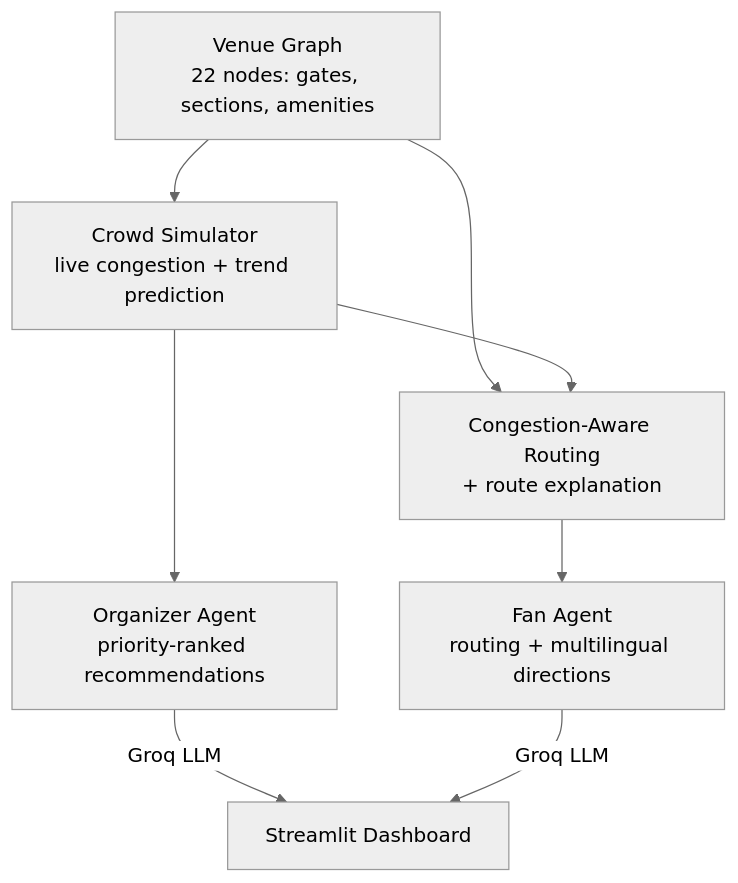
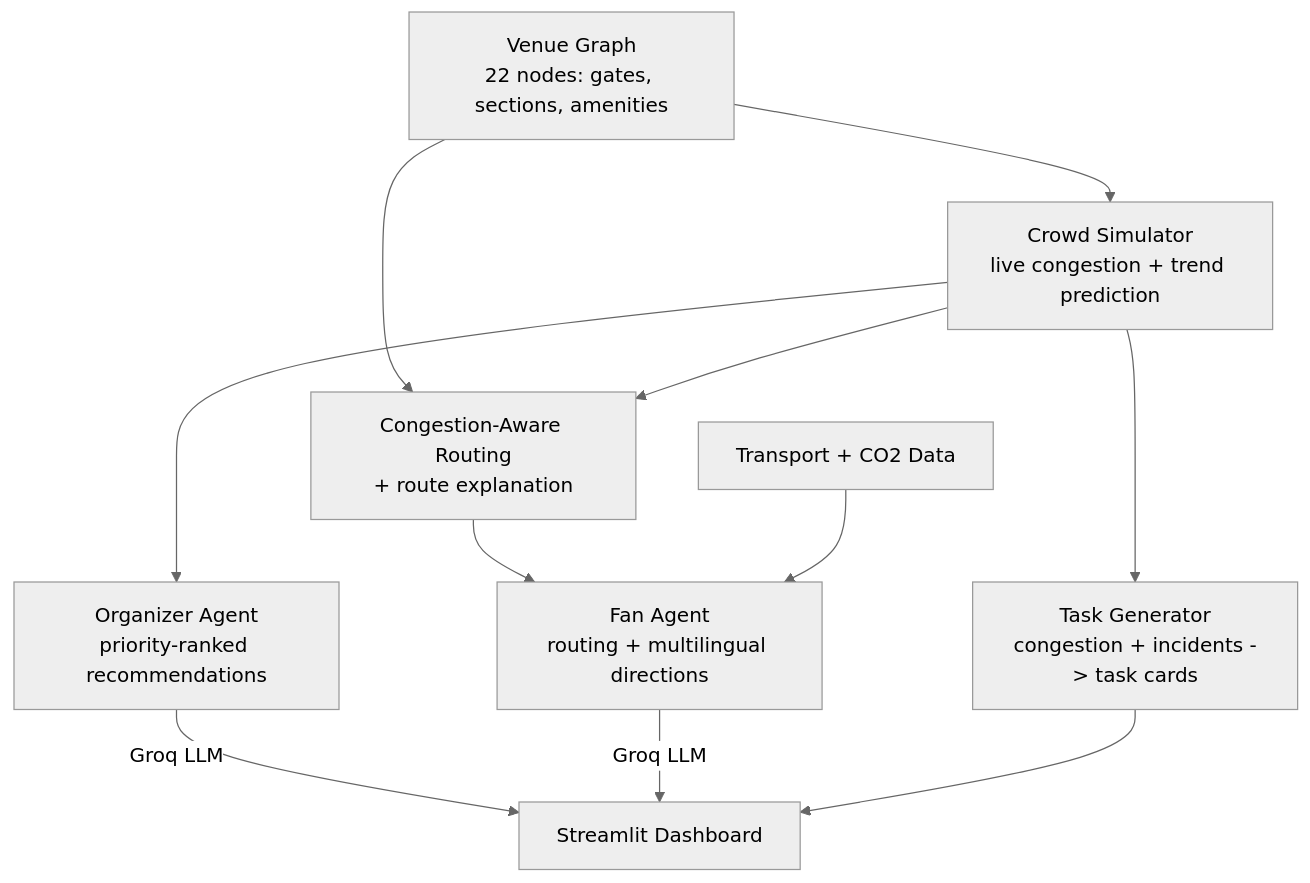
The diagram in Readme.md (DeemonDuck/Stadium-Mind), drawn with Mermaid (neutral theme) before and after one commit. The commit also changed other lines of this file and 1 other file, not shown here.

````diff
--- a/Readme.md
+++ b/Readme.md
@@ -30,10 +31,13 @@
 ```mermaid
 flowchart TD
     VG["Venue Graph<br/>22 nodes: gates, sections, amenities"] --> CS["Crowd Simulator<br/>live congestion + trend prediction"]
     VG --> RT["Congestion-Aware Routing<br/>+ route explanation"]
     CS --> RT
     CS --> OA["Organizer Agent<br/>priority-ranked recommendations"]
+    CS --> TK["Task Generator<br/>congestion + incidents -> task cards"]
     RT --> FA["Fan Agent<br/>routing + multilingual directions"]
+    TR["Transport + CO2 Data"] --> FA
     OA -->|Groq LLM| UI["Streamlit Dashboard"]
     FA -->|Groq LLM| UI
+    TK --> UI
 ```
````
